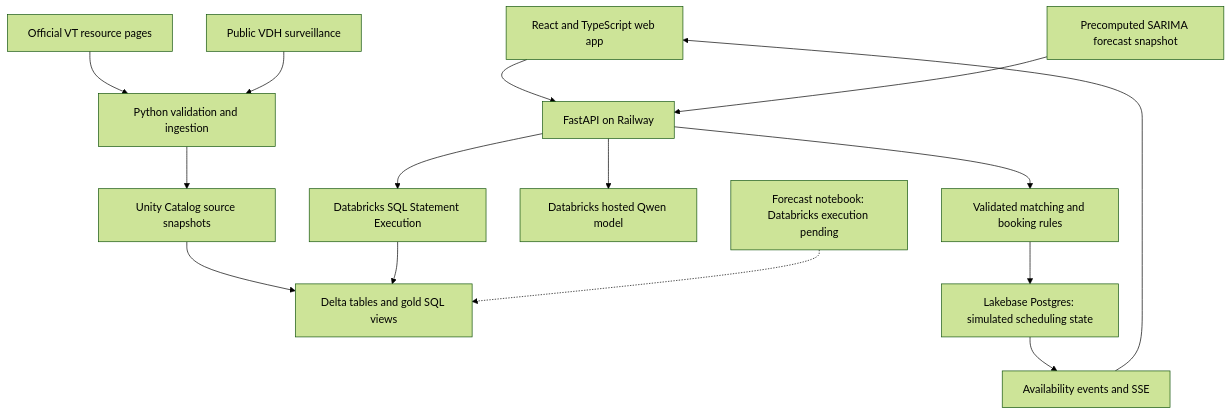
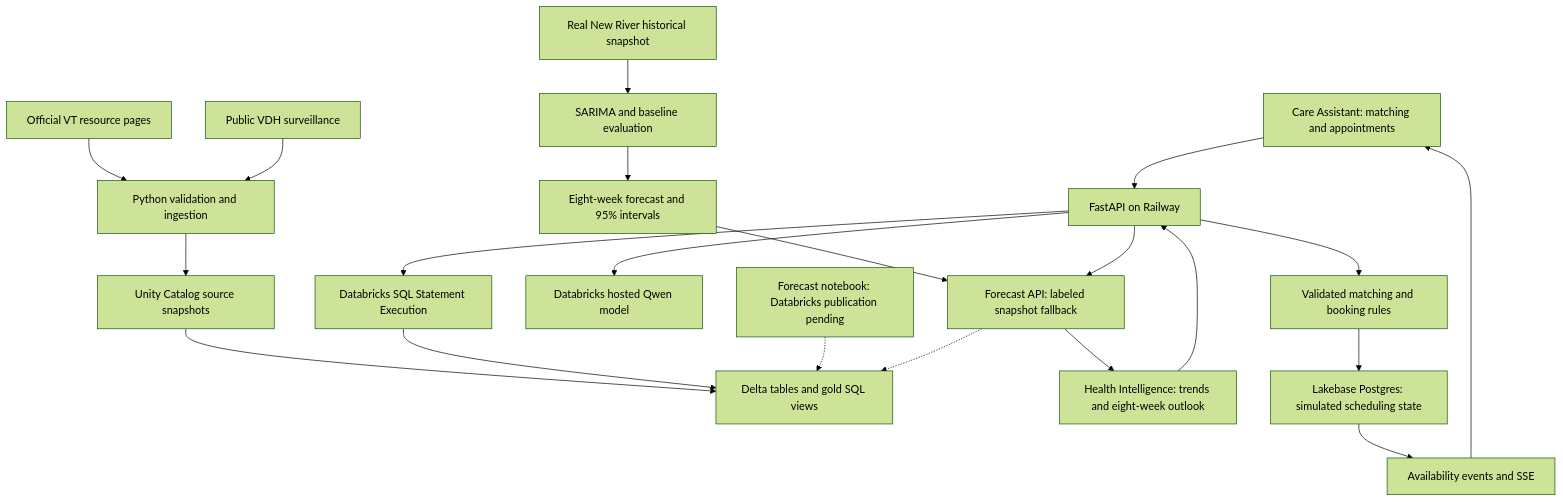
One commit to sam044/vthacks-2026 changed the diagram in README.md. Above: the diagram before and after it, drawn with Mermaid (forest theme). The commit also changed other lines of this file, not shown here.

Commit message:
Make respiratory forecasting a core HokieCare product pillar

````diff
--- a/README.md
+++ b/README.md
@@ -80,17 +108,23 @@
 ```mermaid
 flowchart TD
     VT[Official VT resource pages] --> Import[Python validation and ingestion]
     VDH[Public VDH surveillance] --> Import
     Import --> Volume[Unity Catalog source snapshots]
     Volume --> Delta[Delta tables and gold SQL views]
-    Browser[React and TypeScript web app] --> API[FastAPI on Railway]
+    Care[Care Assistant: matching and appointments] --> API[FastAPI on Railway]
+    Health[Health Intelligence: trends and eight-week outlook] --> API
     API --> SQL[Databricks SQL Statement Execution]
     SQL --> Delta
     API --> Model[Databricks hosted Qwen model]
     API --> Rules[Validated matching and booking rules]
     Rules --> Lakebase[Lakebase Postgres: simulated scheduling state]
     Lakebase --> Events[Availability events and SSE]
-    Events --> Browser
-    Snapshot[Precomputed SARIMA forecast snapshot] --> API
-    Notebook[Forecast notebook: Databricks execution pending] -.-> Delta
+    Events --> Care
+    History[Real New River historical snapshot] --> SARIMA[SARIMA and baseline evaluation]
+    SARIMA --> Snapshot[Eight-week forecast and 95% intervals]
+    Snapshot --> ForecastAPI[Forecast API: labeled snapshot fallback]
+    API --> ForecastAPI
+    ForecastAPI --> Health
+    Notebook[Forecast notebook: Databricks publication pending] -.-> Delta
+    ForecastAPI -.-> Delta
 ```
````
